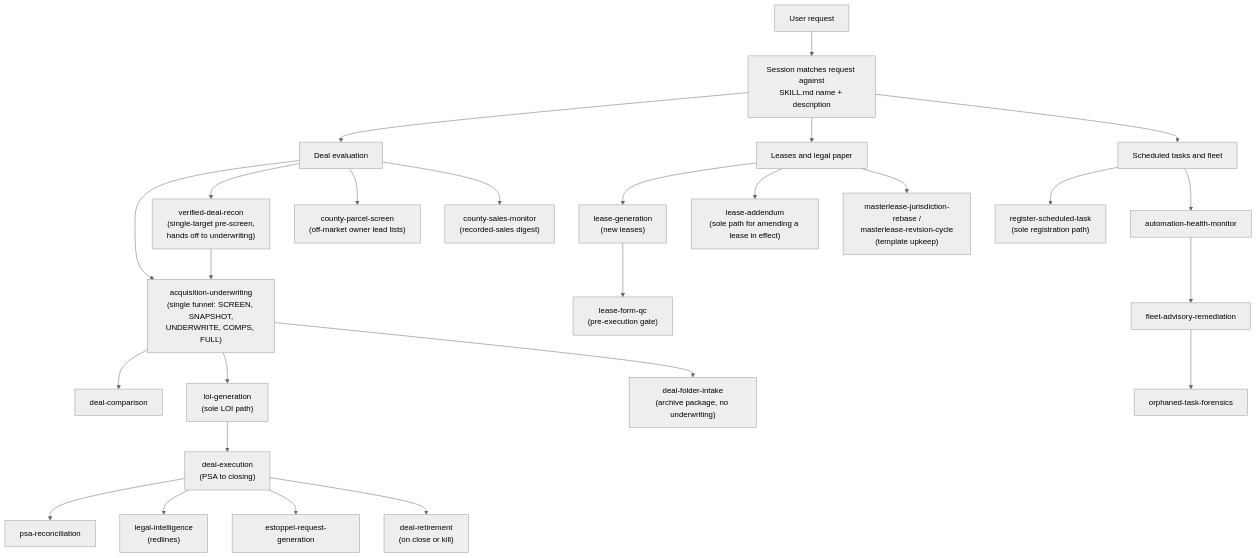
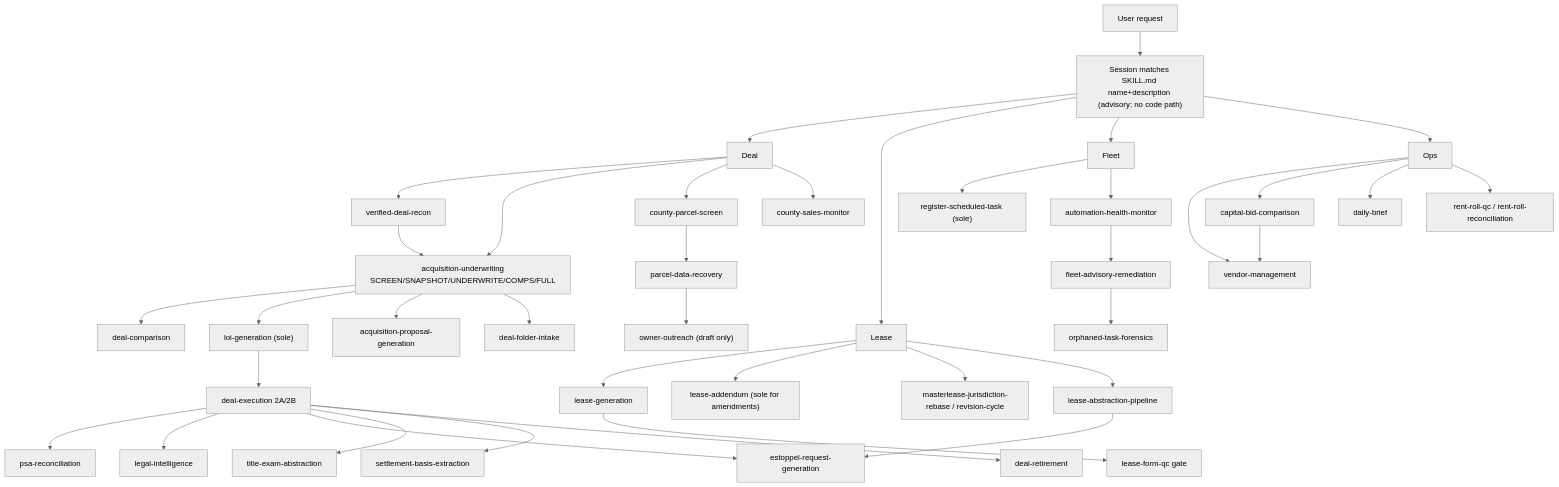
One commit to ZeOoba/ora-skills changed the second of 4 diagrams in README.md. Above: the diagram before and after it, drawn with Mermaid (neutral theme). The commit also changed other lines of this file and 1 other file, not shown here.

First line of the commit message:
docs(readme): document skill-gates CI, fix stale counts, install corrected diagrams

````diff
--- a/README.md
+++ b/README.md
@@ -93,33 +77,29 @@
 ```mermaid
 flowchart TD
-    Req["User request"] --> Desc["Session matches request against\nSKILL.md name + description"]
-    Desc --> Deal["Deal evaluation"]
-    Desc --> Lease["Leases and legal paper"]
-    Desc --> Fleet["Scheduled tasks and fleet"]
-
-    Deal --> AU["acquisition-underwriting\n(single funnel: SCREEN, SNAPSHOT,\nUNDERWRITE, COMPS, FULL)"]
-    Deal --> VDR["verified-deal-recon\n(single-target pre-screen,\nhands off to underwriting)"]
-    Deal --> CPS["county-parcel-screen\n(off-market owner lead lists)"]
-    Deal --> CSM["county-sales-monitor\n(recorded-sales digest)"]
-    VDR --> AU
+    Req["User request"] --> Match["Session matches SKILL.md name+description (advisory; no code path)"]
+    Match --> Deal & Lease & Fleet & Ops
+    Deal --> VDR["verified-deal-recon"] --> AU
+    Deal --> AU["acquisition-underwriting\nSCREEN/SNAPSHOT/UNDERWRITE/COMPS/FULL"]
+    Deal --> CPS["county-parcel-screen"] --> PDR["parcel-data-recovery"] --> OO["owner-outreach (draft only)"]
+    Deal --> CSM["county-sales-monitor"]
     AU --> DC["deal-comparison"]
-    AU --> LOI["loi-generation\n(sole LOI path)"]
-    LOI --> DE["deal-execution\n(PSA to closing)"]
+    AU --> LOI["loi-generation (sole)"] --> DE["deal-execution 2A/2B"]
+    AU --> APG["acquisition-proposal-generation"]
     DE --> PSAR["psa-reconciliation"]
-    DE --> LI["legal-intelligence\n(redlines)"]
+    DE --> LI["legal-intelligence"]
     DE --> EST["estoppel-request-generation"]
-    AU --> DFI["deal-folder-intake
-(archive package, no underwriting)"]
-    DE --> DR["deal-retirement
-(on close or kill)"]
-
-    Lease --> LG["lease-generation\n(new leases)"]
-    Lease --> LA["lease-addendum\n(sole path for amending a lease in effect)"]
-    LG --> LQ["lease-form-qc\n(pre-execution gate)"]
-    Lease --> MLR["masterlease-jurisdiction-rebase /\nmasterlease-revision-cycle\n(template upkeep)"]
-
-    Fleet --> RST["register-scheduled-task\n(sole registration path)"]
-    Fleet --> AHM["automation-health-monitor"]
-    AHM --> FAR["fleet-advisory-remediation"]
-    FAR --> OTF["orphaned-task-forensics"]
+    DE --> TEA["title-exam-abstraction"]
+    DE --> SBE["settlement-basis-extraction"]
+    DE --> DR["deal-retirement"]
+    AU --> DFI["deal-folder-intake"]
+    Lease --> LG["lease-generation"] --> LQ["lease-form-qc gate"]
+    Lease --> LA["lease-addendum (sole for amendments)"]
+    Lease --> MLR["masterlease-jurisdiction-rebase / revision-cycle"]
+    Lease --> LAP["lease-abstraction-pipeline"] --> EST
+    Fleet --> RST["register-scheduled-task (sole)"]
+    Fleet --> AHM["automation-health-monitor"] --> FAR["fleet-advisory-remediation"] --> OTF["orphaned-task-forensics"]
+    Ops --> VM["vendor-management"]
+    Ops --> CBC["capital-bid-comparison"] --> VM
+    Ops --> DB["daily-brief"]
+    Ops --> RR["rent-roll-qc / rent-roll-reconciliation"]
 ```
````
